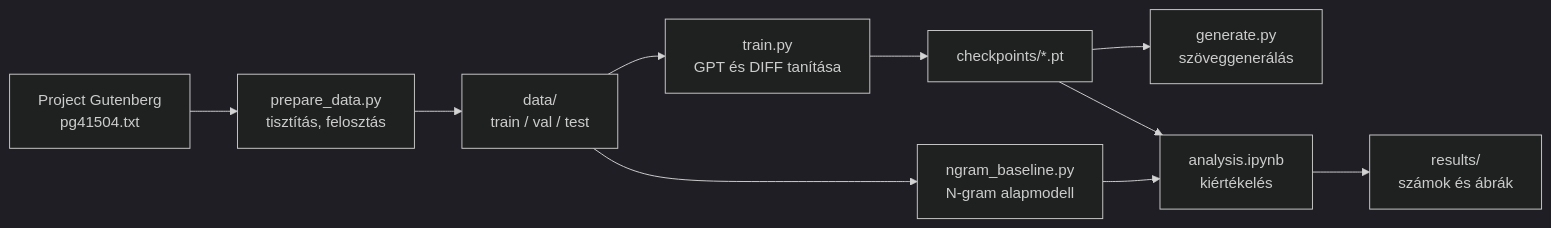
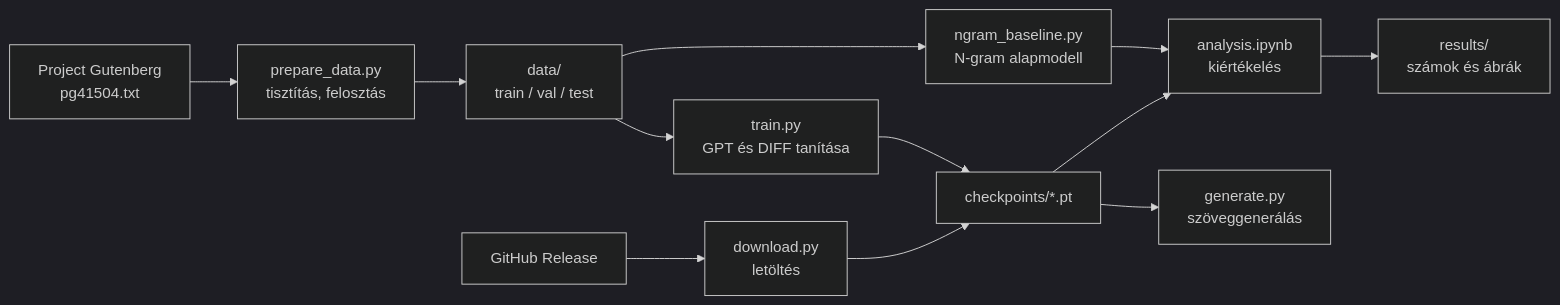
Before and after one commit to janosibenedek/petofi-gpt: the diagram in README.md, drawn with Mermaid (dark theme). The commit also changed other lines of this file and 2 other files, not shown here.

First line of the commit message:
Add download script and quick test section

````diff
--- a/README.md
+++ b/README.md
@@ -101,12 +127,14 @@
 ```mermaid
 flowchart LR
     A["Project Gutenberg<br/>pg41504.txt"] --> B["prepare_data.py<br/>tisztítás, felosztás"]
     B --> C["data/<br/>train / val / test"]
     C --> D["train.py<br/>GPT és DIFF tanítása"]
     C --> E["ngram_baseline.py<br/>N-gram alapmodell"]
     D --> F["checkpoints/*.pt"]
+    R["GitHub Release"] --> S["download.py<br/>letöltés"]
+    S --> F
     F --> G["generate.py<br/>szöveggenerálás"]
     F --> H["analysis.ipynb<br/>kiértékelés"]
     E --> H
     H --> I["results/<br/>számok és ábrák"]
 ```
````
